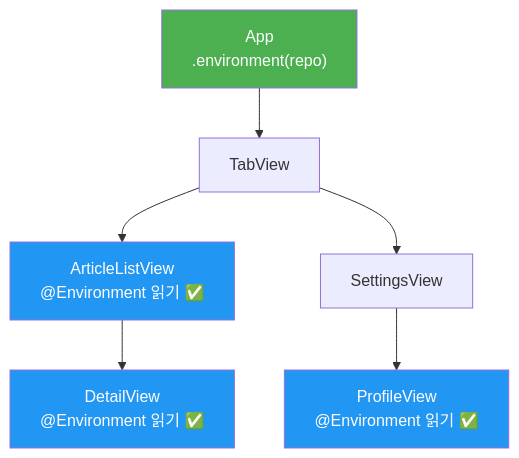
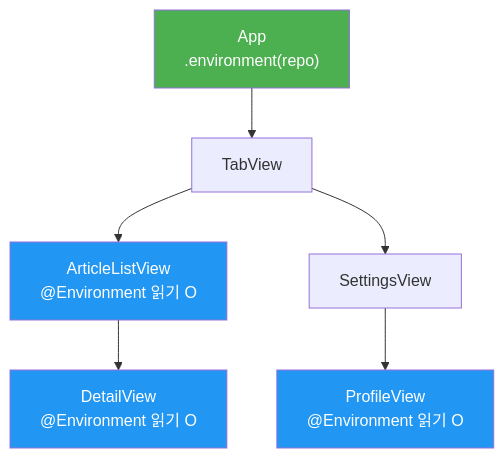
One commit to jsonpassion/forge-tutorial-swift changed the third of 4 diagrams in 08-architecture/04-dependency-injection.md. Above: the diagram before and after it, drawn with Mermaid. The commit also changed other lines of this file and 69 other files, not shown here.

````diff
--- a/08-architecture/04-dependency-injection.md
+++ b/08-architecture/04-dependency-injection.md
@@ -134,12 +134,12 @@
 ```mermaid
 graph TD
-    APP["App\n.environment(repo)"] --> TAB["TabView"]
-    TAB --> LIST["ArticleListView\n@Environment 읽기 ✅"]
+    APP["App<br/>.environment(repo)"] --> TAB["TabView"]
+    TAB --> LIST["ArticleListView<br/>@Environment 읽기 O"]
     TAB --> SETTINGS["SettingsView"]
-    LIST --> DETAIL["DetailView\n@Environment 읽기 ✅"]
-    SETTINGS --> PROFILE["ProfileView\n@Environment 읽기 ✅"]
+    LIST --> DETAIL["DetailView<br/>@Environment 읽기 O"]
+    SETTINGS --> PROFILE["ProfileView<br/>@Environment 읽기 O"]
     style APP fill:#4CAF50,color:#fff
     style LIST fill:#2196F3,color:#fff
     style DETAIL fill:#2196F3,color:#fff
     style PROFILE fill:#2196F3,color:#fff
 ```
````
